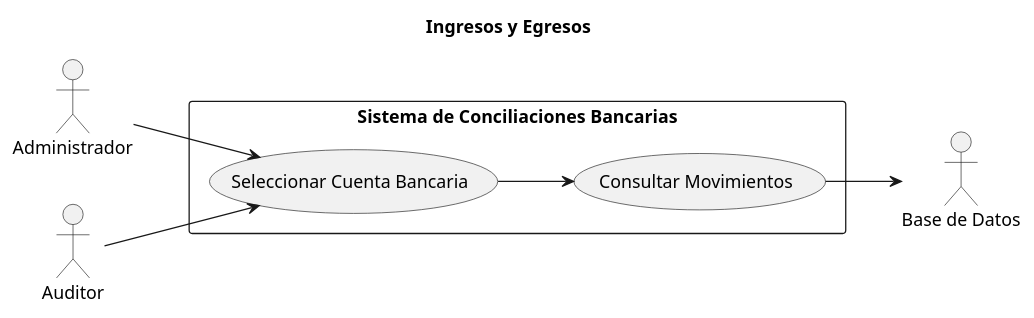
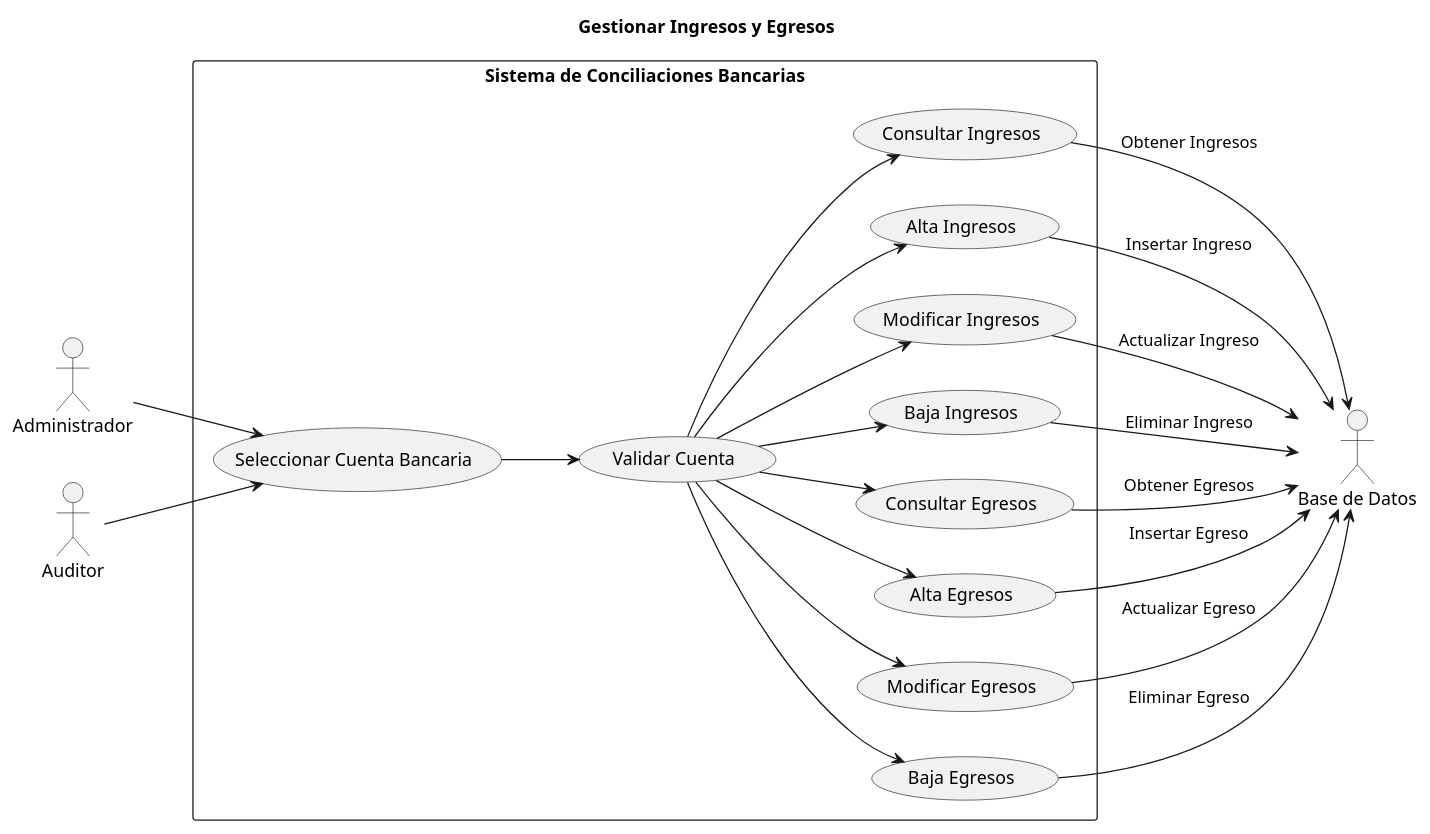
Before and after one commit to ricardouriegas/sistema-de-consilaciones-bancarias: the diagram in IngresosEgresos.puml, drawn with PlantUML. The commit also changed 3 other files, not shown here.

```diff
--- a/IngresosEgresos.puml
+++ b/IngresosEgresos.puml
@@ -1,17 +1,34 @@
 @startuml IngresosEgresos
-title Ingresos y Egresos
+title Gestionar Ingresos y Egresos
 left to right direction
 
 actor Administrador as admin
 actor Auditor as auditor
 actor "Base de Datos" as db
 
 rectangle "Sistema de Conciliaciones Bancarias" {
     admin --> (Seleccionar Cuenta Bancaria)
     auditor --> (Seleccionar Cuenta Bancaria)
 
-    (Seleccionar Cuenta Bancaria) --> (Consultar Movimientos)
-    (Consultar Movimientos) --> db
+    (Seleccionar Cuenta Bancaria) --> (Validar Cuenta) 
+    (Validar Cuenta) --> (Consultar Ingresos)
+    (Validar Cuenta) --> (Alta Ingresos)
+    (Validar Cuenta) --> (Modificar Ingresos)
+    (Validar Cuenta) --> (Baja Ingresos)
+    (Validar Cuenta) --> (Consultar Egresos)
+    (Validar Cuenta) --> (Alta Egresos)
+    (Validar Cuenta) --> (Modificar Egresos)
+    (Validar Cuenta) --> (Baja Egresos)
+
+    (Consultar Ingresos) --> db : "Obtener Ingresos"
+    (Alta Ingresos) --> db : "Insertar Ingreso"
+    (Modificar Ingresos) --> db : "Actualizar Ingreso"
+    (Baja Ingresos) --> db : "Eliminar Ingreso"
+
+    (Consultar Egresos) --> db : "Obtener Egresos"
+    (Alta Egresos) --> db : "Insertar Egreso"
+    (Modificar Egresos) --> db : "Actualizar Egreso"
+    (Baja Egresos) --> db : "Eliminar Egreso"
 }
 
 @enduml
```
